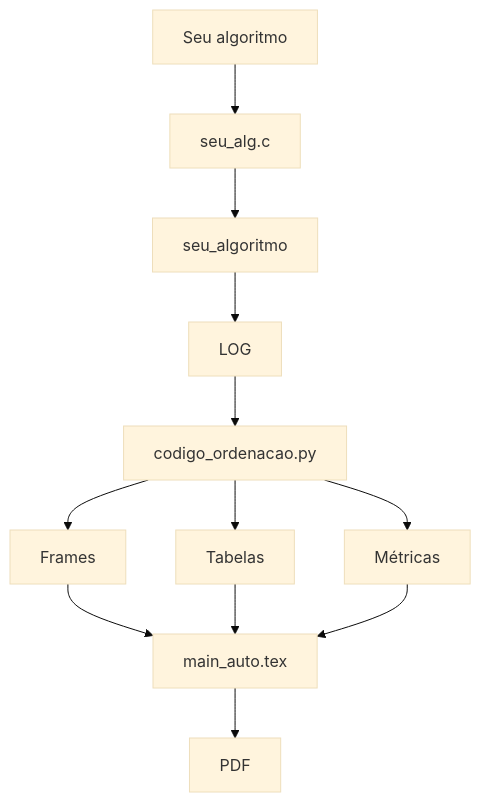
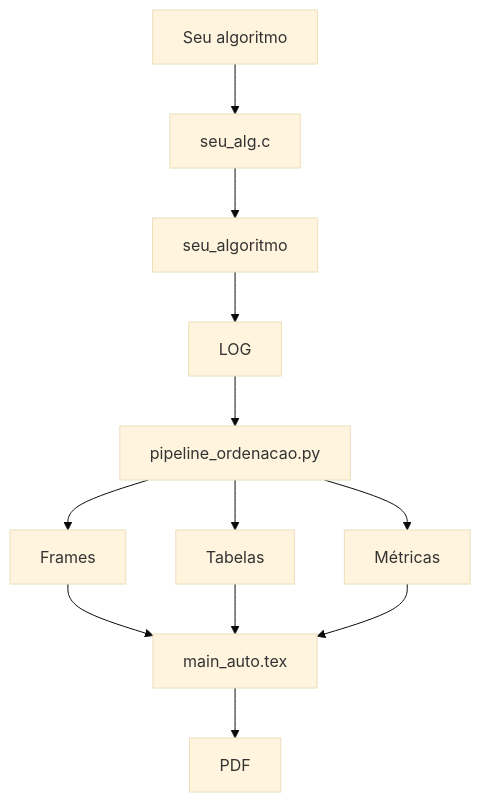
One commit to LuisVCSilva/NF2_EDBD changed the fifth of 5 diagrams in seminario_metodos_ordenacao/README.md. Above: the diagram before and after it, drawn with Mermaid (base theme). The commit also changed other lines of this file and 3 other files, not shown here.

````diff
--- a/seminario_metodos_ordenacao/README.md
+++ b/seminario_metodos_ordenacao/README.md
@@ -1218,23 +1218,23 @@
 ```mermaid
 flowchart TD
     ALG["Seu algoritmo"]
     SRC["seu_alg.c"]
     EXE["seu_algoritmo"]
     LOG["LOG"]
-    PY["codigo_ordenacao.py"]
+    PY["pipeline_ordenacao.py"]
 
     ALG --> SRC
     SRC --> EXE
     EXE --> LOG
     LOG --> PY
 
     PY --> FRAMES["Frames"]
     PY --> TAB["Tabelas"]
     PY --> MET["Métricas"]
 
     FRAMES --> TEX["main_auto.tex"]
     TAB --> TEX
     MET --> TEX
 
     TEX --> PDF["PDF"]
 ```
````
